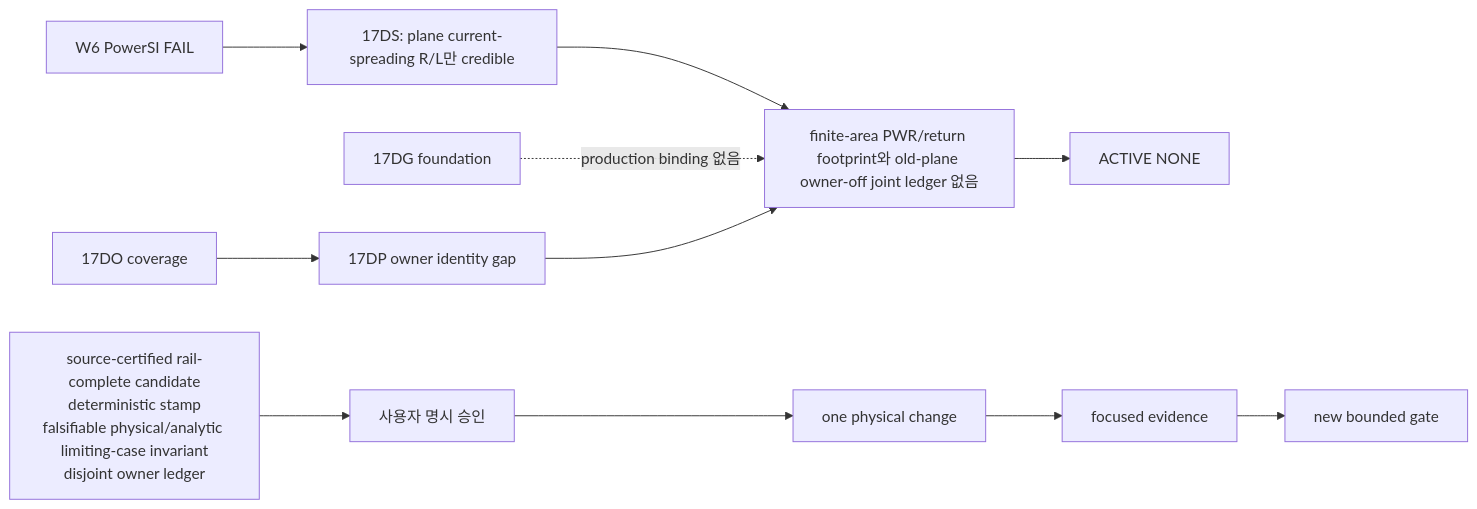
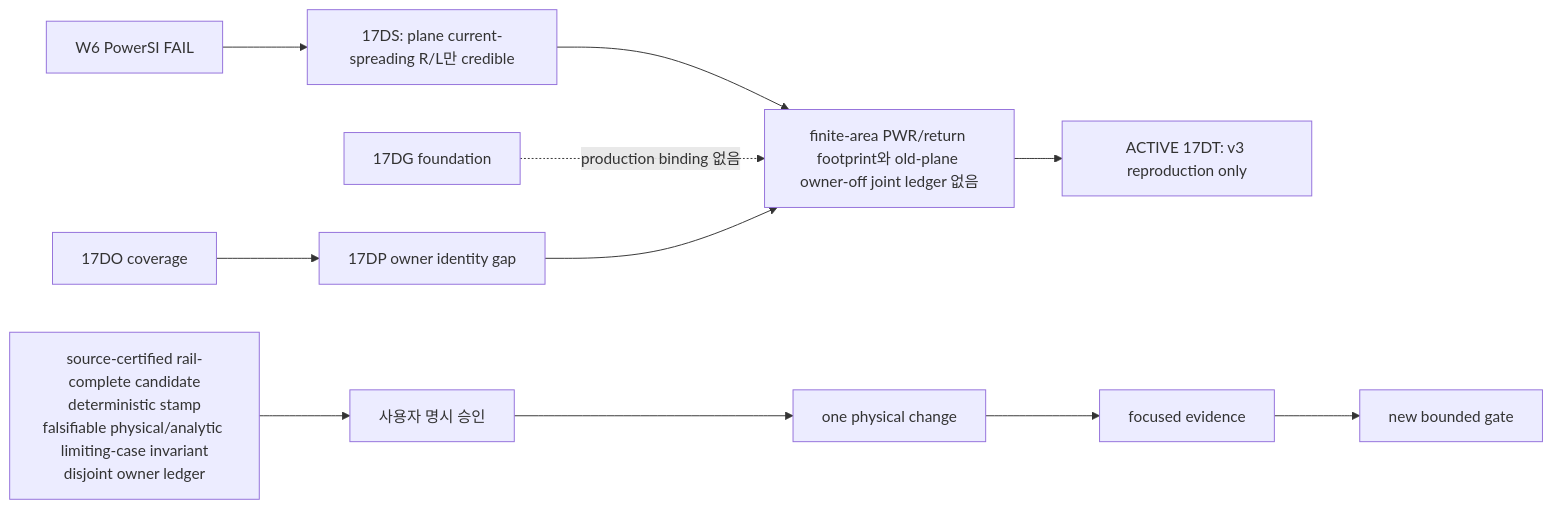
One commit to yunhyok/spd-decap-pi-evaluator changed the diagram in docs/WORK_EXECUTION_BASELINE.md. Above: the diagram before and after it, drawn with Mermaid. The commit also changed other lines of this file and 3 other files, not shown here.

````diff
--- a/docs/WORK_EXECUTION_BASELINE.md
+++ b/docs/WORK_EXECUTION_BASELINE.md
@@ -524,13 +543,13 @@
 ```mermaid
 flowchart LR
   A[W6 PowerSI FAIL] --> B[17DS: plane current-spreading R/L만 credible]
   B --> C[finite-area PWR/return footprint와 old-plane owner-off joint ledger 없음]
   D[17DG foundation] -. production binding 없음 .-> C
   E[17DO coverage] --> F[17DP owner identity gap]
   F --> C
-  C --> G[ACTIVE NONE]
+  C --> G[ACTIVE 17DT: v3 reproduction only]
   H[source-certified rail-complete candidate<br/>deterministic stamp<br/>falsifiable physical/analytic limiting-case invariant<br/>disjoint owner ledger] --> I[사용자 명시 승인]
   I --> J[one physical change]
   J --> K[focused evidence]
   K --> L[new bounded gate]
 ```
````
